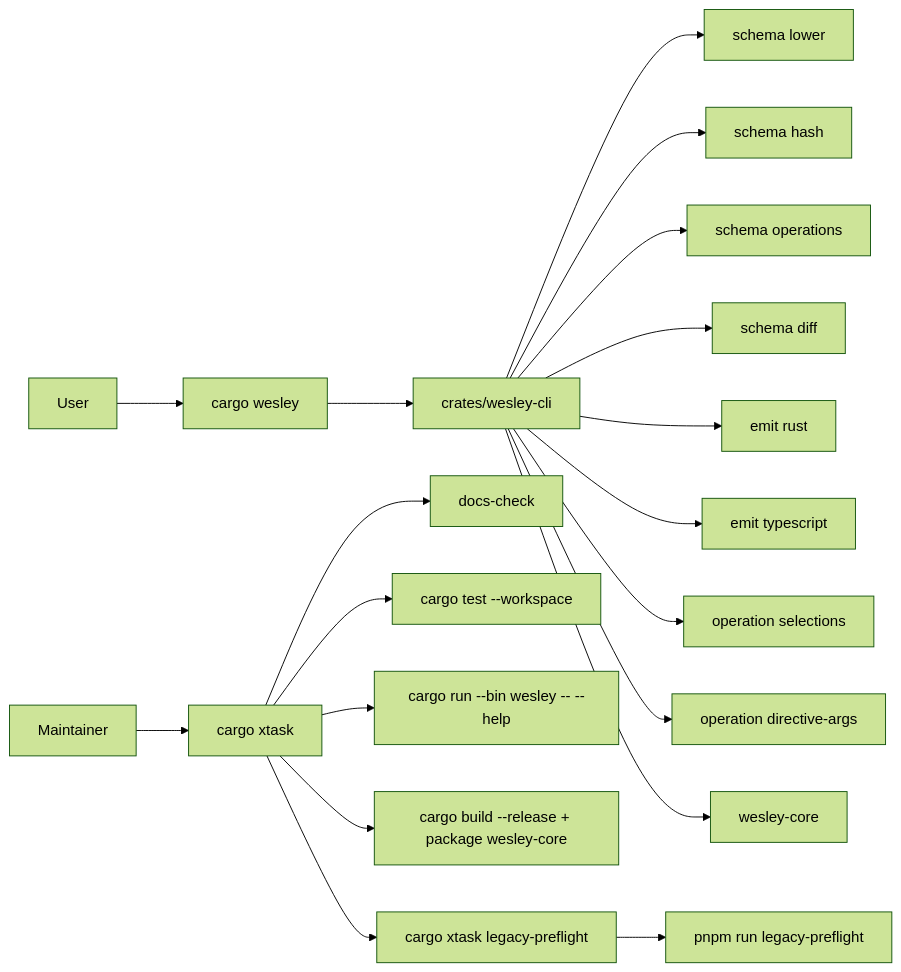
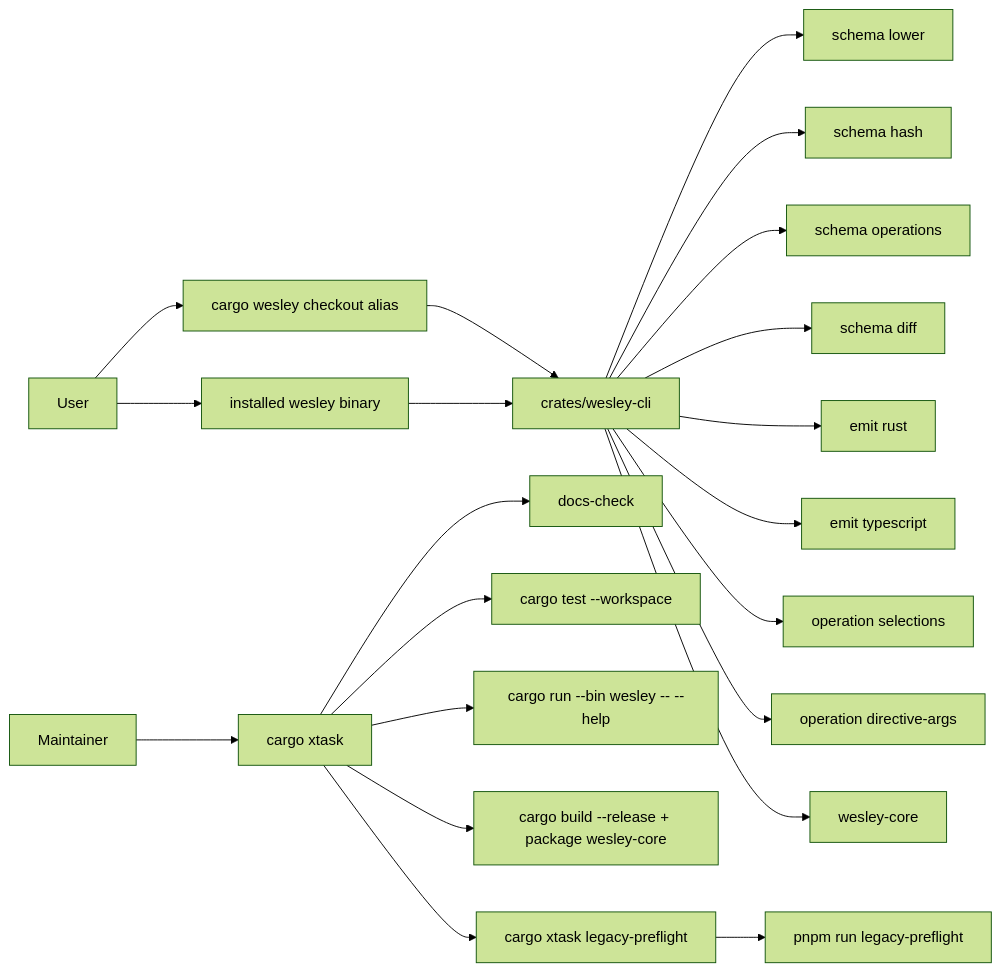
Before and after one commit to flyingrobots/wesley: the fifth of 9 diagrams in docs/ARCHITECTURE.md, drawn with Mermaid (forest theme). The commit also changed 11 other files, not shown here.

````diff
--- a/docs/ARCHITECTURE.md
+++ b/docs/ARCHITECTURE.md
@@ -432,22 +432,24 @@
 ```mermaid
 flowchart LR
-    User --> CargoWesley[cargo wesley]
+    User --> CargoWesley[cargo wesley checkout alias]
+    User --> InstalledWesley[installed wesley binary]
     CargoWesley --> WesleyBin[crates/wesley-cli]
+    InstalledWesley --> WesleyBin
     WesleyBin --> SchemaLower[schema lower]
     WesleyBin --> SchemaHash[schema hash]
     WesleyBin --> SchemaOperations[schema operations]
     WesleyBin --> SchemaDiff[schema diff]
     WesleyBin --> EmitRust[emit rust]
     WesleyBin --> EmitTypescript[emit typescript]
     WesleyBin --> OpSelections[operation selections]
     WesleyBin --> DirectiveArgs[operation directive-args]
     WesleyBin --> CoreFacts[wesley-core]
 
     Maintainer --> CargoXtask[cargo xtask]
     CargoXtask --> DocsCheck[docs-check]
     CargoXtask --> Tests[cargo test --workspace]
     CargoXtask --> NativeHelp[cargo run --bin wesley -- --help]
     CargoXtask --> Release[cargo build --release + package wesley-core]
     CargoXtask --> Legacy[cargo xtask legacy-preflight]
     Legacy --> Pnpm[pnpm run legacy-preflight]
 ```
````
